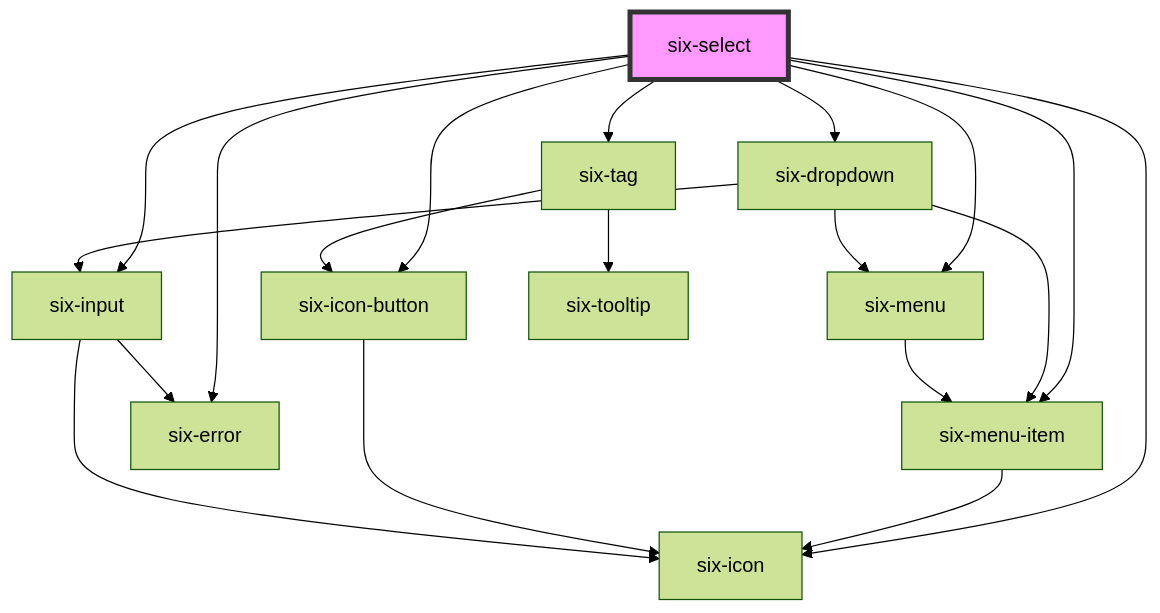
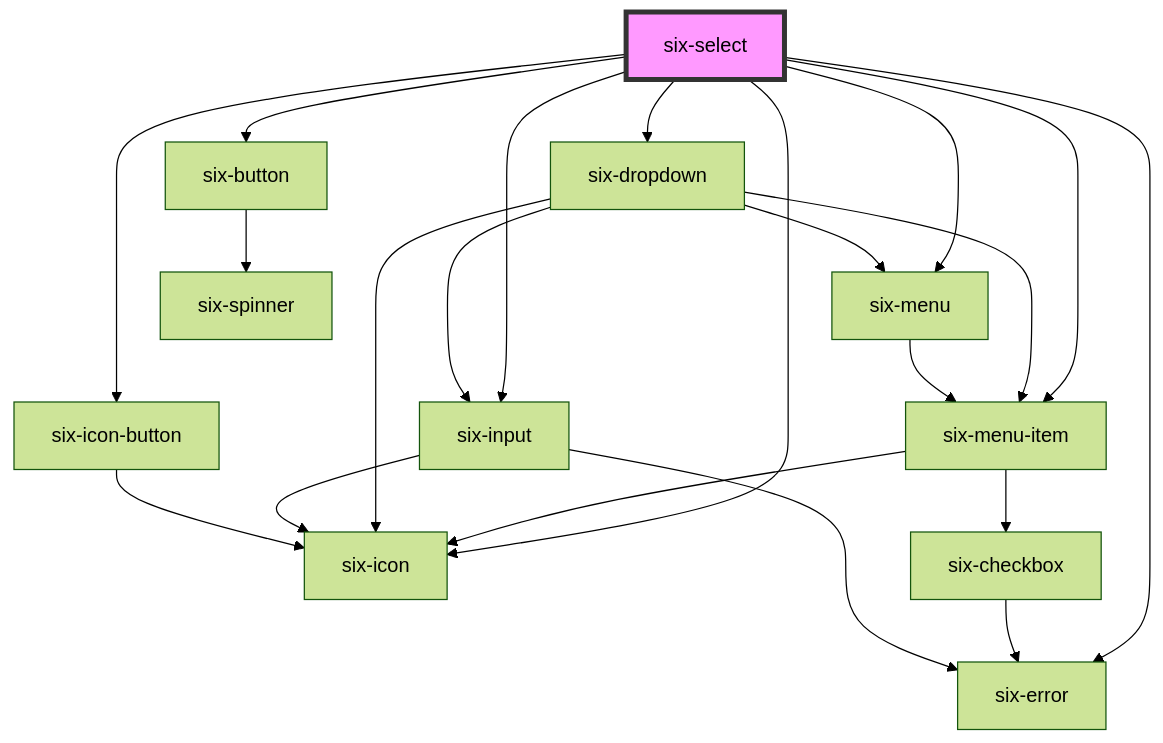
Before and after one commit to six-group/six-webcomponents: the diagram in docs/components/six-select.md, drawn with Mermaid (forest theme). The commit also changed other lines of this file and 129 other files, not shown here.

First line of the commit message:
feature: improve `six-select` functionality and appearance

````diff
--- a/docs/components/six-select.md
+++ b/docs/components/six-select.md
@@ -751,22 +744,24 @@
 ```mermaid
 graph TD;
   six-select --> six-menu-item
-  six-select --> six-tag
   six-select --> six-dropdown
   six-select --> six-icon-button
   six-select --> six-icon
   six-select --> six-input
   six-select --> six-menu
+  six-select --> six-button
   six-select --> six-error
+  six-menu-item --> six-checkbox
   six-menu-item --> six-icon
-  six-tag --> six-tooltip
-  six-tag --> six-icon-button
-  six-icon-button --> six-icon
+  six-checkbox --> six-error
   six-dropdown --> six-menu-item
   six-dropdown --> six-input
+  six-dropdown --> six-icon
   six-dropdown --> six-menu
   six-input --> six-icon
   six-input --> six-error
   six-menu --> six-menu-item
+  six-icon-button --> six-icon
+  six-button --> six-spinner
   style six-select fill:#f9f,stroke:#333,stroke-width:4px
 ```
````
